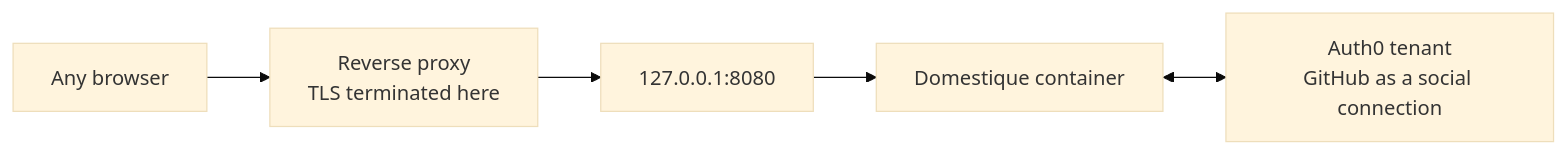
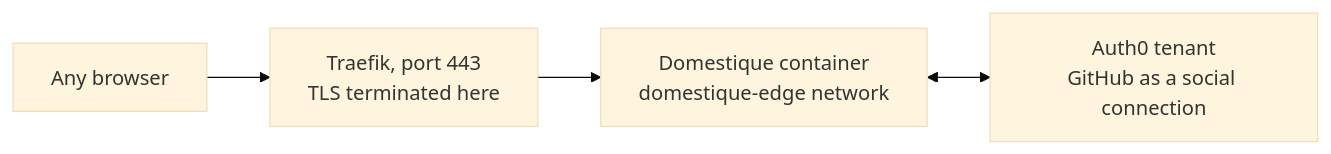
Before and after one commit to nobbs/domestique: the diagram in docs/auth0.md, drawn with Mermaid (base theme). The commit also changed other lines of this file and 5 other files, not shown here.

First line of the commit message:
docs(container): publish through Traefik in the compose project (#396)

````diff
--- a/docs/auth0.md
+++ b/docs/auth0.md
@@ -10,7 +10,6 @@
 ```mermaid
 flowchart LR
-  browser["Any browser"] --> proxy["Reverse proxy\nTLS terminated here"]
-  proxy --> loopback["127.0.0.1:8080"]
-  loopback --> app["Domestique container"]
+  browser["Any browser"] --> proxy["Traefik, port 443\nTLS terminated here"]
+  proxy --> app["Domestique container\ndomestique-edge network"]
   app <--> auth0["Auth0 tenant\nGitHub as a social connection"]
 ```
````
